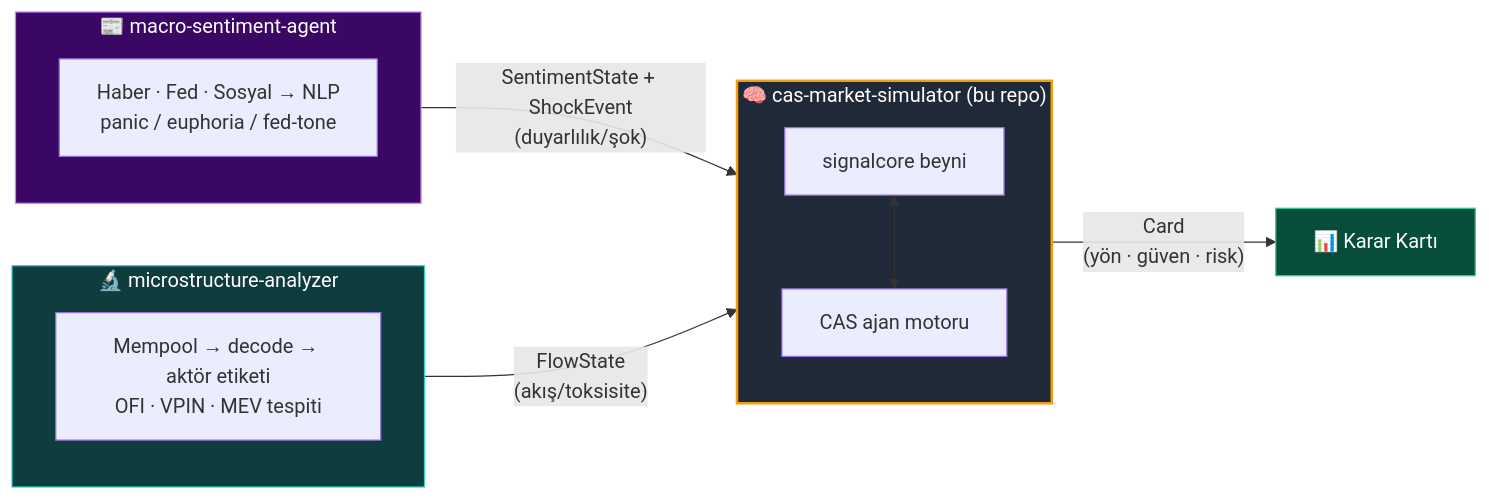
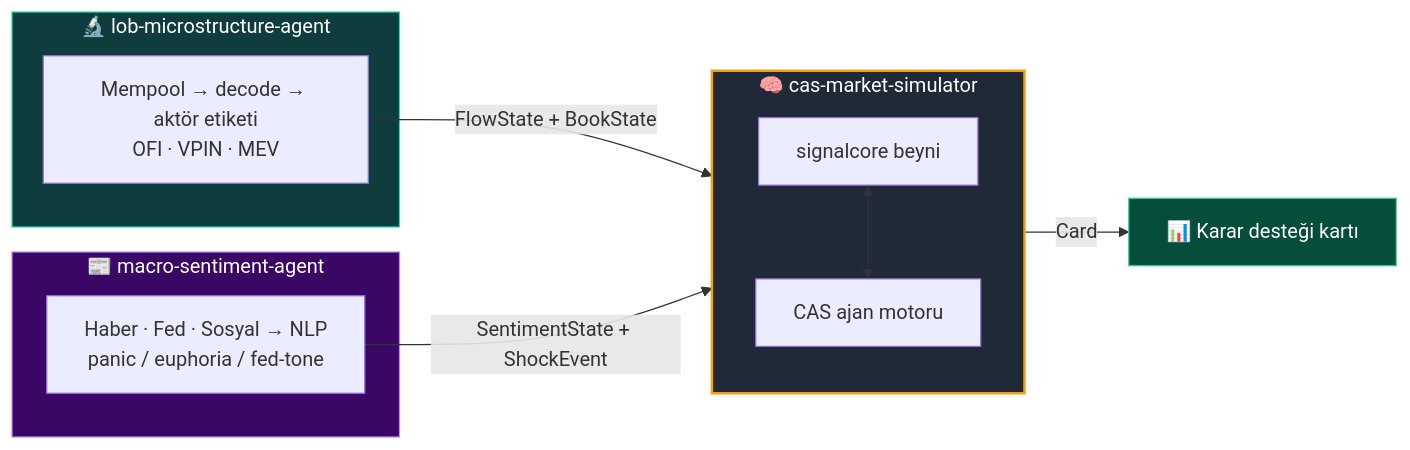
The first of 2 diagrams in README.md (7mertyavuz/cas-market-simulator), drawn with Mermaid before and after one commit. The commit also changed other lines of this file, not shown here.

````diff
--- a/README.md
+++ b/README.md
@@ -50,26 +41,24 @@
 ```mermaid
 flowchart LR
-    subgraph MICRO["🔬 microstructure-analyzer"]
-        direction TB
-        M1["Mempool → decode → aktör etiketi<br/>OFI · VPIN · MEV tespiti"]
+    subgraph MICRO["🔬 lob-microstructure-agent"]
+        M1["Mempool → decode → aktör etiketi<br/>OFI · VPIN · MEV"]
     end
     subgraph MACRO["📰 macro-sentiment-agent"]
-        direction TB
         S1["Haber · Fed · Sosyal → NLP<br/>panic / euphoria / fed-tone"]
     end
-    subgraph SIM["🧠 cas-market-simulator (bu repo)"]
+    subgraph SIM["🧠 cas-market-simulator"]
         direction TB
         B["signalcore beyni"]
         E["CAS ajan motoru"]
         B <--> E
     end
 
-    M1 -- "FlowState<br/>(akış/toksisite)" --> SIM
-    S1 -- "SentimentState + ShockEvent<br/>(duyarlılık/şok)" --> SIM
-    SIM -- "Card<br/>(yön · güven · risk)" --> OUT["📊 Karar Kartı"]
+    M1 -->|FlowState + BookState| SIM
+    S1 -->|SentimentState + ShockEvent| SIM
+    SIM -->|Card| OUT["📊 Karar desteği kartı"]
 
     style SIM fill:#1f2937,stroke:#f59e0b,stroke-width:2px,color:#fff
     style MICRO fill:#0f3d3e,stroke:#2dd4bf,color:#fff
     style MACRO fill:#3b0764,stroke:#c084fc,color:#fff
     style OUT fill:#064e3b,stroke:#34d399,color:#fff
 ```
````
